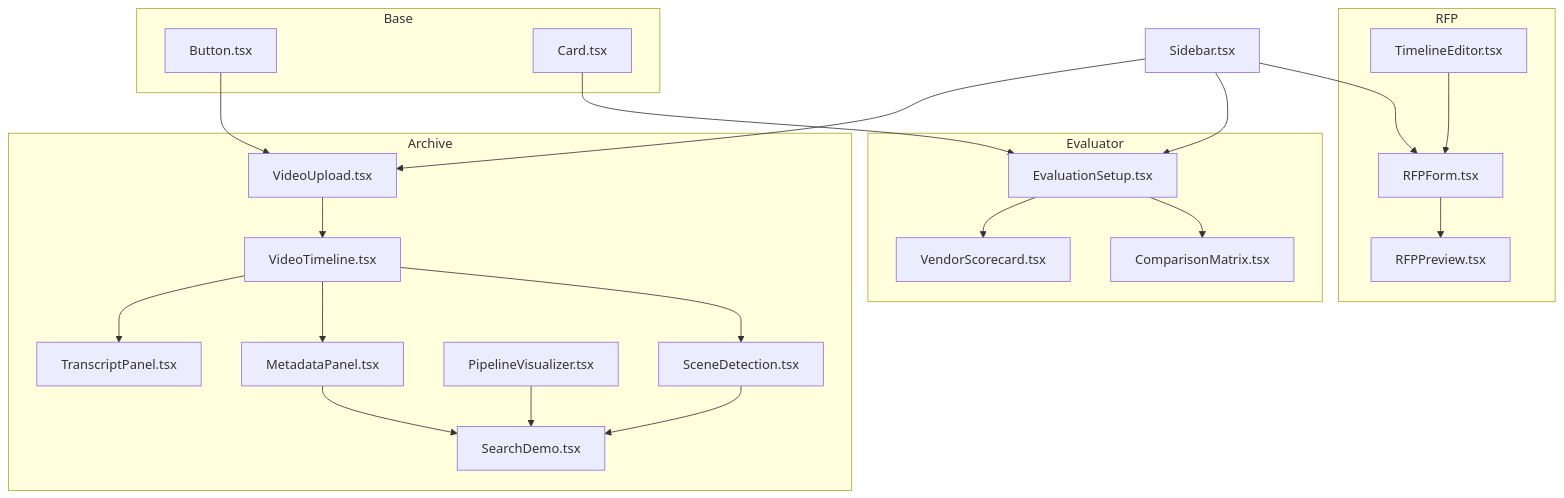
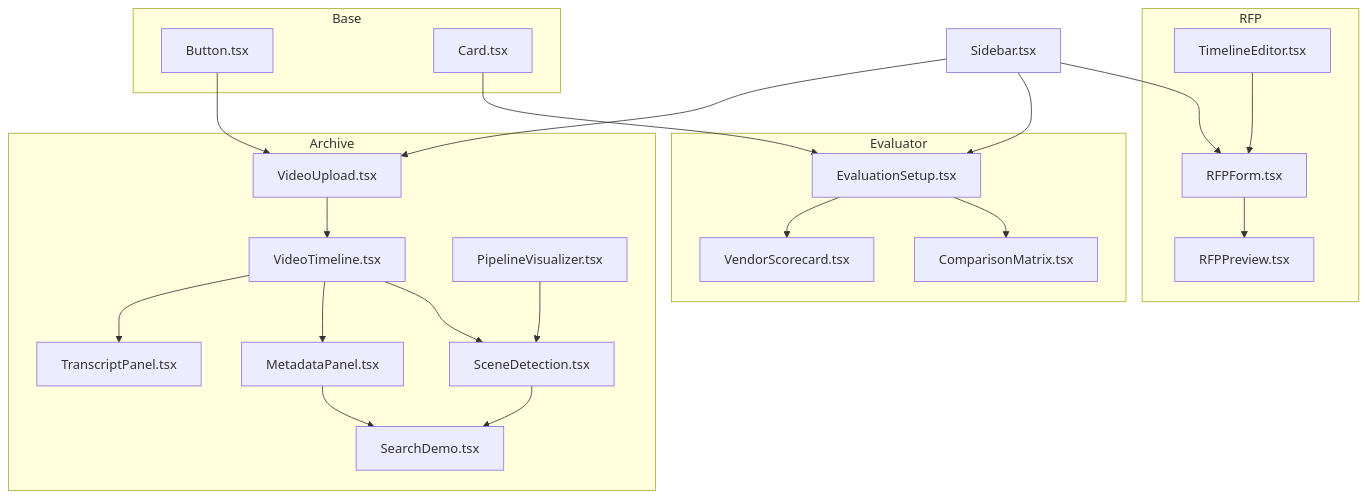
Before and after one commit to alexandreybasta-cyber/dubai-media-ai: the first of 3 diagrams in .qoder/repowiki/en/content/Frontend Application/Component Library.md, drawn with Mermaid. The commit also changed other lines of this file and 55 other files, not shown here.

````diff
--- a/.qoder/repowiki/en/content/Frontend Application/Component Library.md
+++ b/.qoder/repowiki/en/content/Frontend Application/Component Library.md
@@ -60,43 +60,43 @@
 ```mermaid
 graph TB
 subgraph "Base"
 B["Button.tsx"]
 C["Card.tsx"]
 end
 subgraph "Archive"
 VU["VideoUpload.tsx"]
 VT["VideoTimeline.tsx"]
 TP["TranscriptPanel.tsx"]
 MP["MetadataPanel.tsx"]
 SD["SearchDemo.tsx"]
 PV["PipelineVisualizer.tsx"]
 SC["SceneDetection.tsx"]
 end
 subgraph "RFP"
 RF["RFPForm.tsx"]
 RP["RFPPreview.tsx"]
 TE["TimelineEditor.tsx"]
 end
 subgraph "Evaluator"
 ES["EvaluationSetup.tsx"]
 VS["VendorScorecard.tsx"]
 CM["ComparisonMatrix.tsx"]
 end
 SB["Sidebar.tsx"]
 B --> VU
 C --> ES
 VU --> VT
 VT --> TP
 VT --> MP
 VT --> SC
 MP --> SD
-PV --> SD
+PV --> SC
 SC --> SD
 RF --> RP
 TE --> RF
 ES --> VS
 ES --> CM
 SB --> VU
 SB --> RF
 SB --> ES
 ```
````
